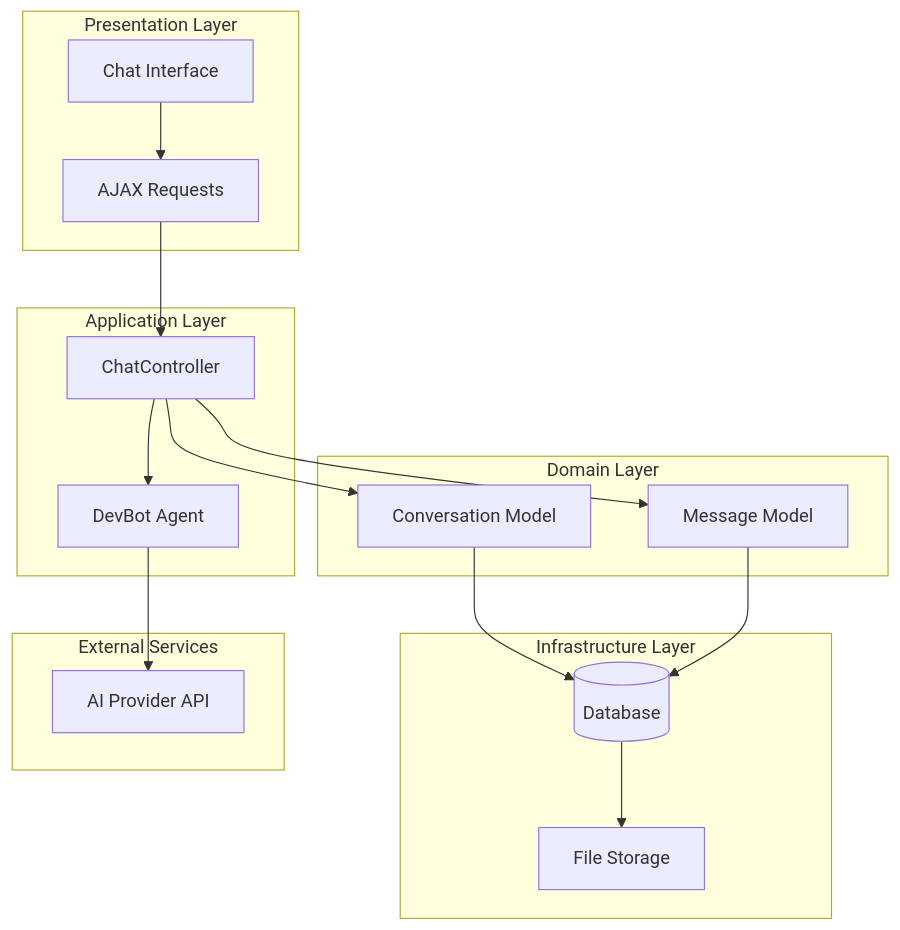
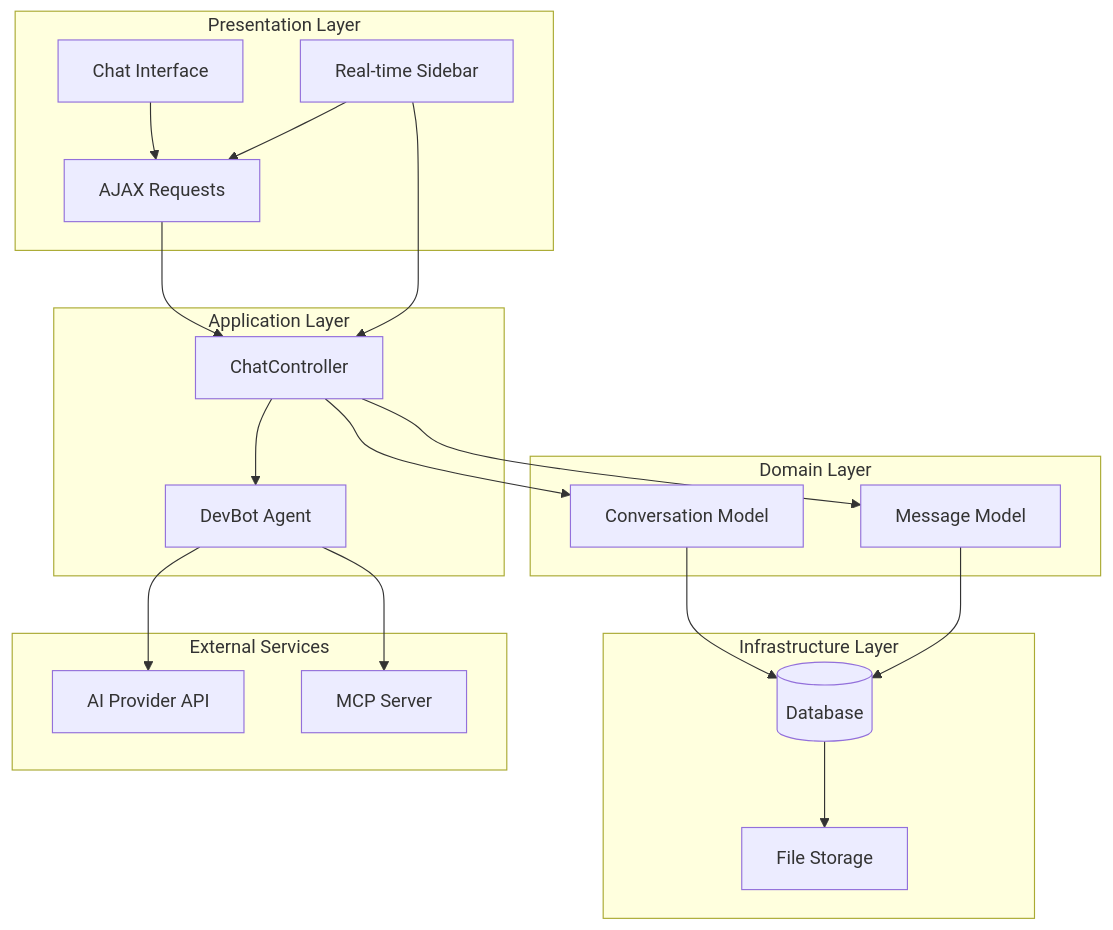
One commit to siimliimand/laravel-assistant changed the first of 8 diagrams in .qoder/repowiki/en/content/Database and Data Management/Conversation Persistence System.md. Above: the diagram before and after it, drawn with Mermaid. The commit also changed other lines of this file and 7 other files, not shown here.

First line of the commit message:
feat(mcp-client): integrate MCP protocol client service for DevBot AI agent tools

````diff
--- a/.qoder/repowiki/en/content/Database and Data Management/Conversation Persistence System.md
+++ b/.qoder/repowiki/en/content/Database and Data Management/Conversation Persistence System.md
@@ -54,31 +55,36 @@
 ```mermaid
 graph TB
 subgraph "Presentation Layer"
 UI[Chat Interface]
 AJAX[AJAX Requests]
+Sidebar[Real-time Sidebar]
 end
 subgraph "Application Layer"
 Controller[ChatController]
 Agent[DevBot Agent]
 end
 subgraph "Domain Layer"
 ConversationModel[Conversation Model]
 MessageModel[Message Model]
 end
 subgraph "Infrastructure Layer"
 DB[(Database)]
 Storage[File Storage]
 end
 subgraph "External Services"
 AI[AI Provider API]
+MCP[MCP Server]
 end
 UI --> AJAX
 AJAX --> Controller
 Controller --> ConversationModel
 Controller --> MessageModel
 Controller --> Agent
 Agent --> AI
+Agent --> MCP
 ConversationModel --> DB
 MessageModel --> DB
 DB --> Storage
+Sidebar --> AJAX
+Sidebar --> Controller
 ```
````
